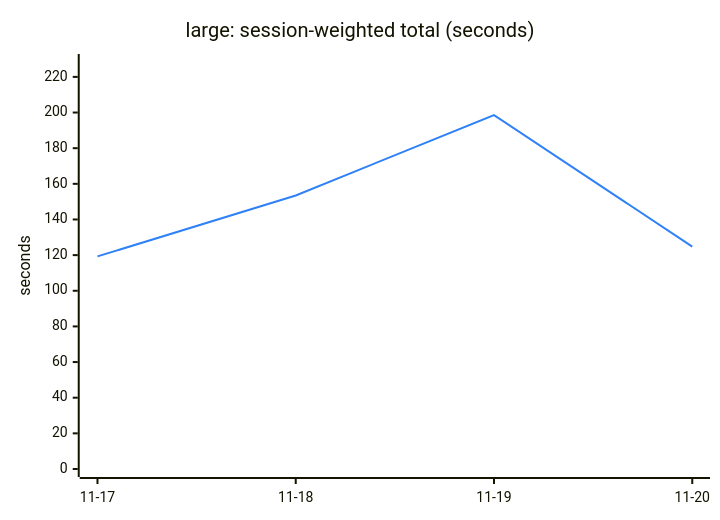
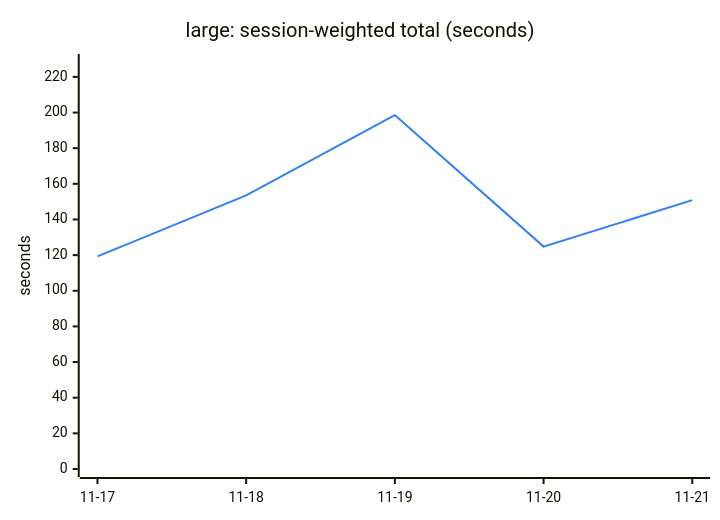
The second of 6 diagrams in TREND.md (Ricovl/mxcli), drawn with Mermaid before and after one commit. The commit also changed other lines of this file and 2 other files, not shown here.

````diff
--- a/TREND.md
+++ b/TREND.md
@@ -48,13 +48,13 @@
 ```mermaid
 ---
 config:
   themeVariables:
     xyChart:
       plotColorPalette: "#2f81f7"
 ---
 xychart-beta
     title "large: session-weighted total (seconds)"
-    x-axis ["11-17", "11-18", "11-19", "11-20"]
+    x-axis ["11-17", "11-18", "11-19", "11-20", "11-21"]
     y-axis "seconds" 0 --> 228.35
-    line [119.28, 153.48, 198.56, 124.78]
+    line [119.28, 153.48, 198.56, 124.78, 150.84]
 ```
````
